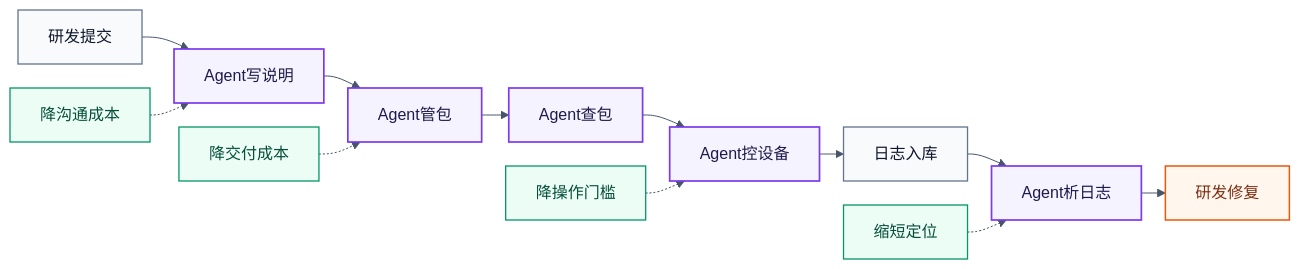
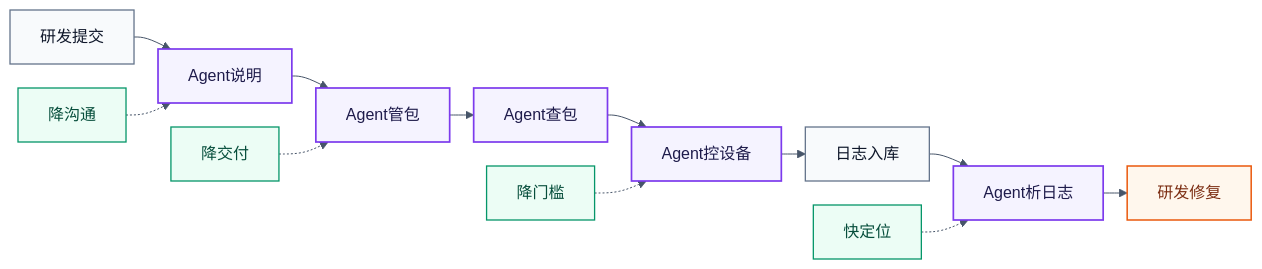
Before and after one commit to visiontrail/RavenAI: the second of 4 diagrams in README.zh.md, drawn with Mermaid. The commit also changed other lines of this file and 1 other file, not shown here.

Commit message:
chore: refine flowchart descriptions and terminology in README files

````diff
--- a/README.zh.md
+++ b/README.zh.md
@@ -55,28 +55,28 @@
 ```mermaid
 %%{init: {"theme": "base", "flowchart": {"htmlLabels": true, "nodeSpacing": 24, "rankSpacing": 24, "curve": "basis"}, "themeVariables": {"fontFamily": "Arial, Microsoft YaHei", "primaryTextColor": "#0F172A", "lineColor": "#475569"}}}%%
 
 flowchart LR
 
-A["研发提交"] --> B["Agent写说明"]
+A["研发提交"] --> B["Agent说明"]
 B --> C["Agent管包"]
 C --> D["Agent查包"]
 D --> E["Agent控设备"]
 E --> F["日志入库"]
 F --> G["Agent析日志"]
 G --> H["研发修复"]
 
-V1["降沟通成本"] -.-> B
-V2["降交付成本"] -.-> C
-V3["降操作门槛"] -.-> E
-V4["缩短定位"] -.-> G
+V1["降沟通"] -.-> B
+V2["降交付"] -.-> C
+V3["降门槛"] -.-> E
+V4["快定位"] -.-> G
 
 classDef normal fill:#F8FAFC,stroke:#64748B,stroke-width:1.3px,color:#0F172A;
 classDef agent fill:#F5F3FF,stroke:#7C3AED,stroke-width:1.7px,color:#1E1B4B;
 classDef value fill:#ECFDF5,stroke:#059669,stroke-width:1.3px,color:#064E3B;
 classDef repair fill:#FFF7ED,stroke:#EA580C,stroke-width:1.5px,color:#7C2D12;
 
 class A,F normal;
 class B,C,D,E,G agent;
 class V1,V2,V3,V4 value;
 class H repair;
 ```
````
